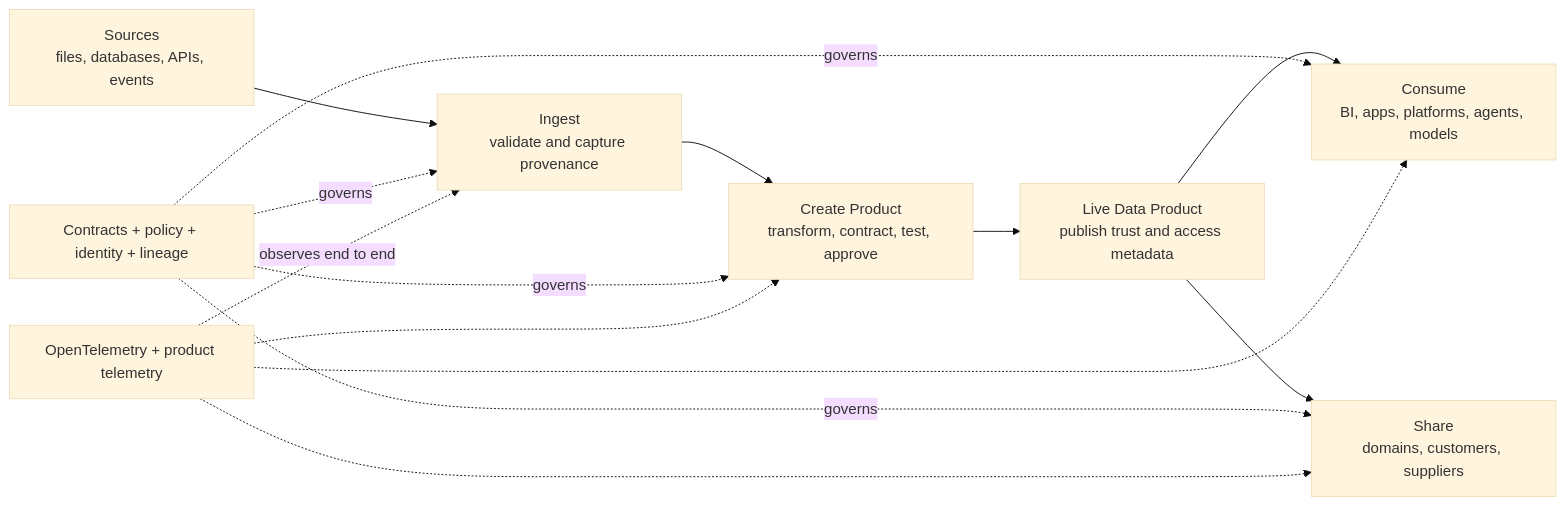
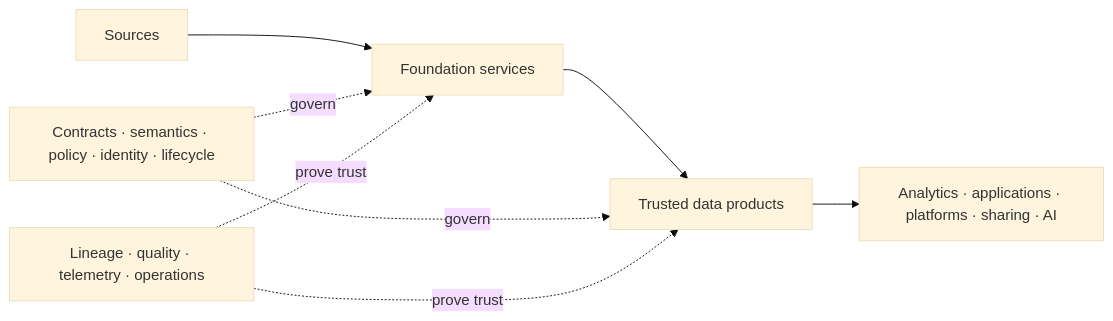
The diagram in docs/architecture/overview.md (cong78/data-foundation-architecture), drawn with Mermaid (base theme) before and after one commit. The commit also changed other lines of this file and 88 other files, not shown here.

Commit message:
Refine architecture guidance and delivery structure

````diff
--- a/docs/architecture/overview.md
+++ b/docs/architecture/overview.md
@@ -94,23 +19,8 @@
 ```mermaid
 flowchart LR
-    S["Sources<br/>files, databases, APIs, events"]
-    I["Ingest<br/>validate and capture provenance"]
-    P["Create Product<br/>transform, contract, test, approve"]
-    D["Live Data Product<br/>publish trust and access metadata"]
-    C["Consume<br/>BI, apps, platforms, agents, models"]
-    X["Share<br/>domains, customers, suppliers"]
-
-    S --> I --> P --> D
-    D --> C
-    D --> X
-
-    CTRL["Contracts + policy + identity + lineage"] -. "governs" .-> I
-    CTRL -. "governs" .-> P
-    CTRL -. "governs" .-> C
-    CTRL -. "governs" .-> X
-
-    OBS["OpenTelemetry + product telemetry"] -. "observes end to end" .-> I
-    OBS -.-> P
-    OBS -.-> C
-    OBS -.-> X
+    S["Sources"] --> F["Foundation services"] --> P["Trusted data products"] --> U["Analytics · applications · platforms · sharing · AI"]
+    C["Contracts · semantics · policy · identity · lifecycle"] -. "govern" .-> F
+    C -. "govern" .-> P
+    O["Lineage · quality · telemetry · operations"] -. "prove trust" .-> F
+    O -. "prove trust" .-> P
 ```
````
